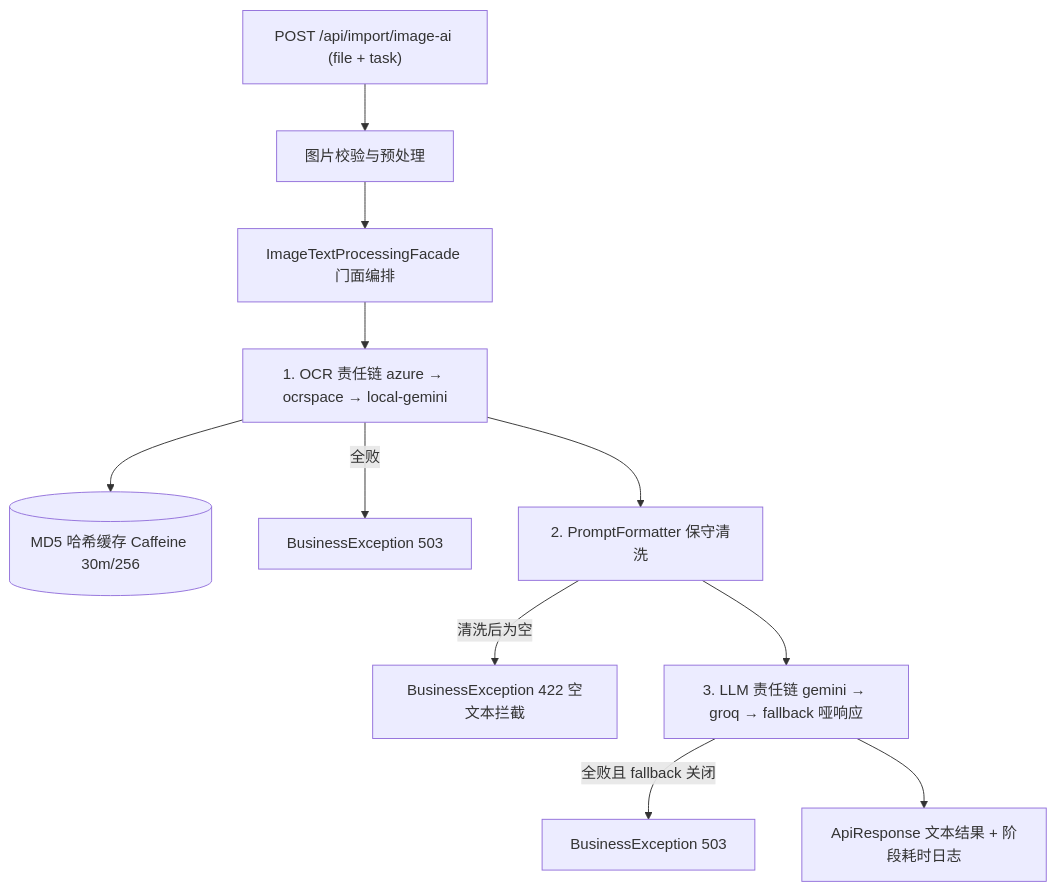
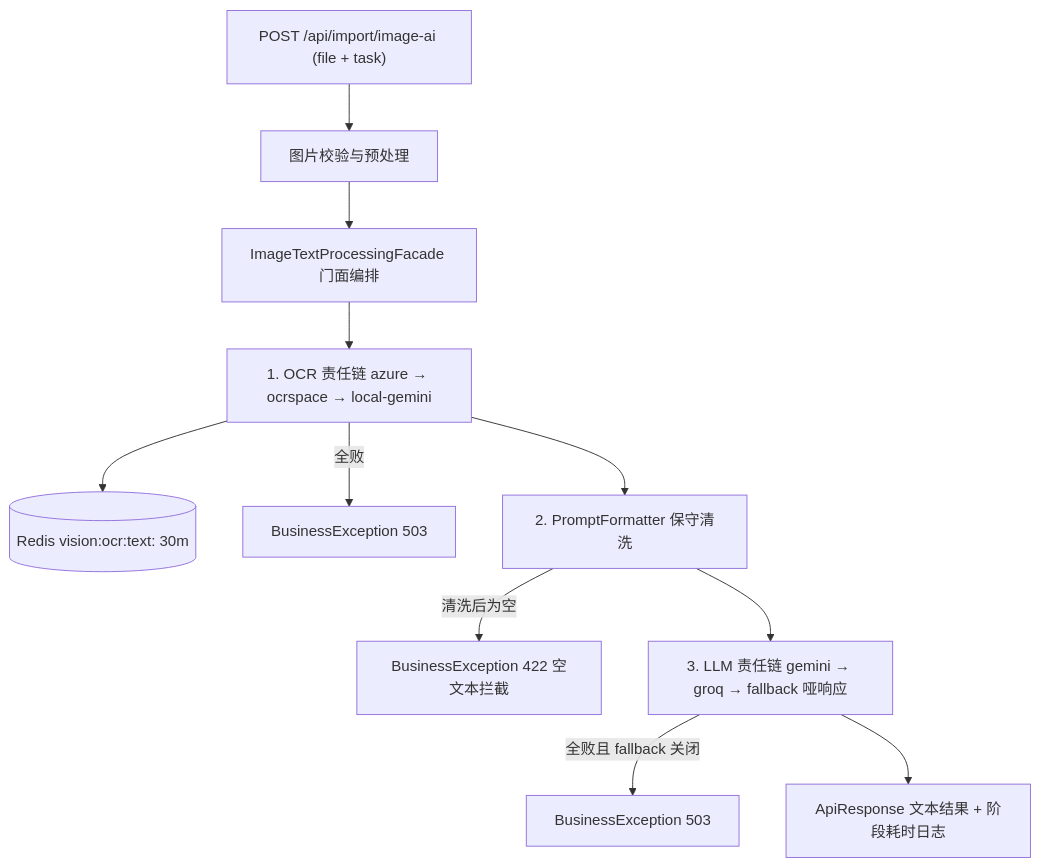
The diagram in docs/ocr-llm-pipeline.md (loveheng/stock-calculator-service), drawn with Mermaid before and after one commit. The commit also changed other lines of this file and 25 other files, not shown here.

````diff
--- a/docs/ocr-llm-pipeline.md
+++ b/docs/ocr-llm-pipeline.md
@@ -48,13 +48,13 @@
 ```mermaid
 flowchart TD
     U["POST /api/import/image-ai (file + task)"] --> PRE["图片校验与预处理"]
     PRE --> F["ImageTextProcessingFacade 门面编排"]
     F --> S1["1. OCR 责任链 azure → ocrspace → local-gemini"]
-    S1 --> CACHE[("MD5 哈希缓存 Caffeine 30m/256")]
+    S1 --> CACHE[("Redis vision:ocr:text:<MD5> 30m")]
     S1 -->|全败| X1["BusinessException 503"]
     S1 --> S2["2. PromptFormatter 保守清洗"]
     S2 -->|清洗后为空| X2["BusinessException 422 空文本拦截"]
     S2 --> S3["3. LLM 责任链 gemini → groq → fallback 哑响应"]
     S3 -->|全败且 fallback 关闭| X3["BusinessException 503"]
     S3 --> R["ApiResponse 文本结果 + 阶段耗时日志"]
 ```
````
